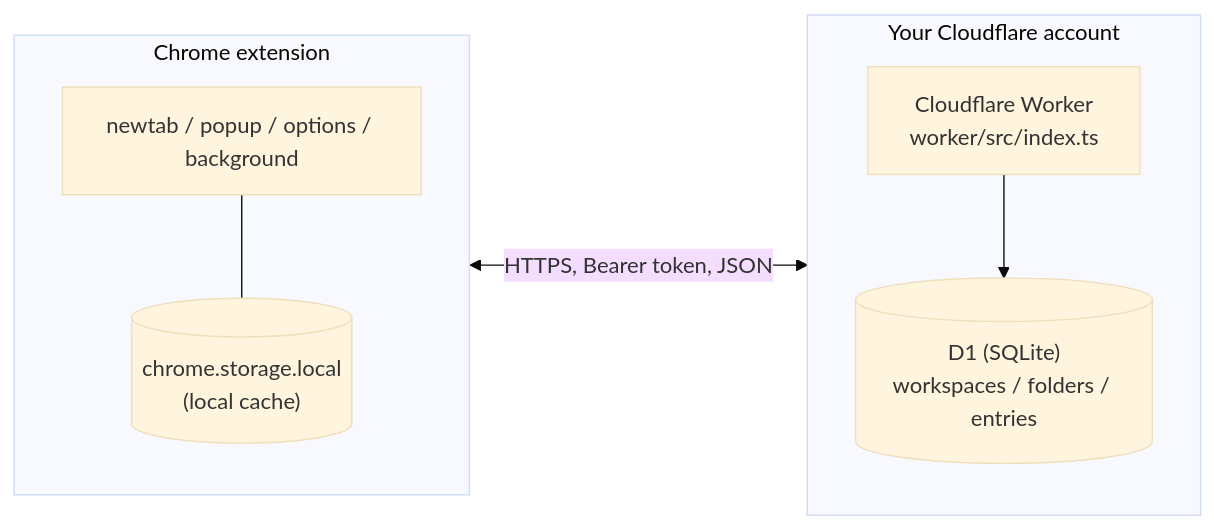
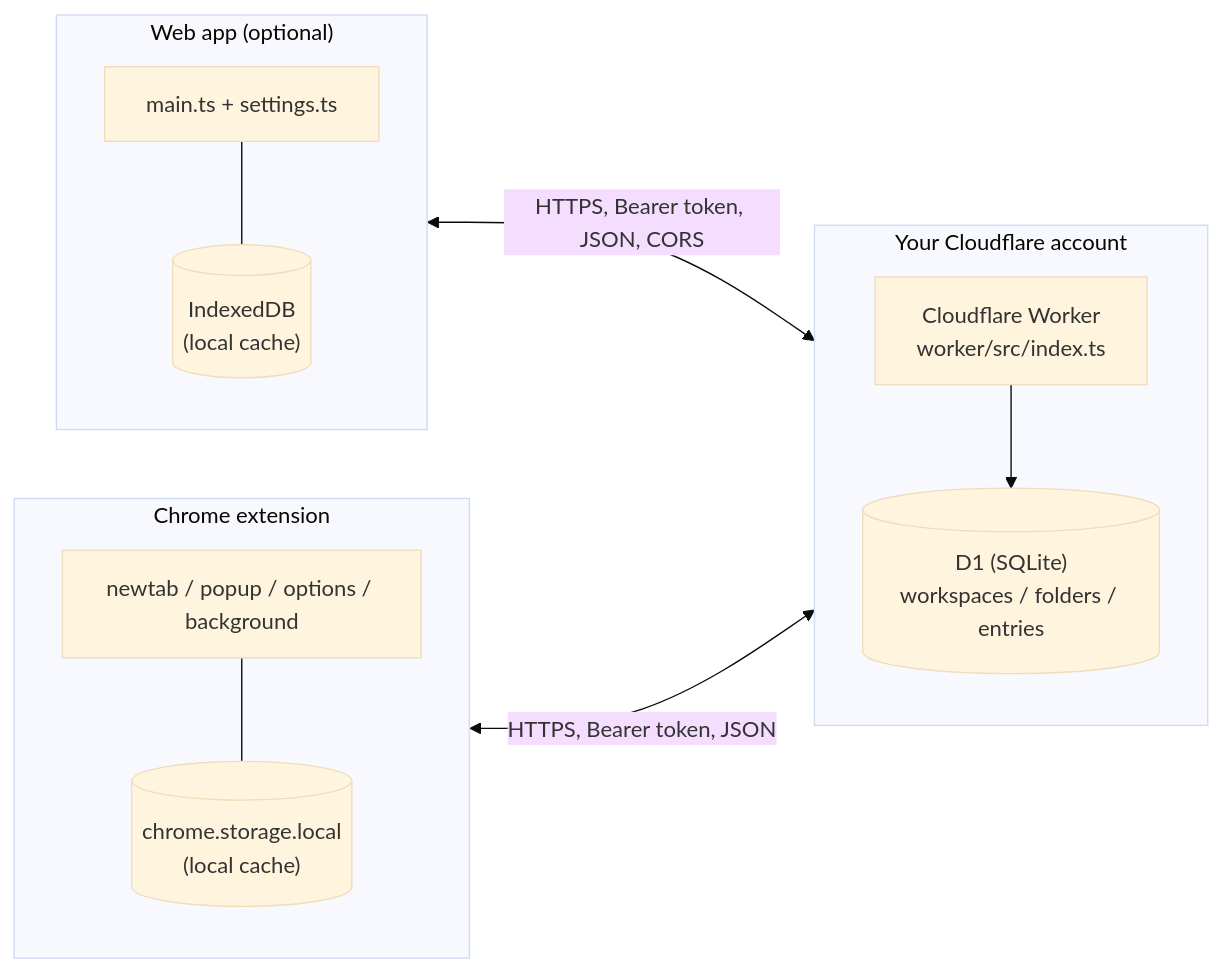
Before and after one commit to daturkel/shelve: the diagram in ARCHITECTURE.md, drawn with Mermaid (base theme). The commit also changed other lines of this file and 24 other files, not shown here.

````diff
--- a/ARCHITECTURE.md
+++ b/ARCHITECTURE.md
@@ -8,18 +8,26 @@
 ```mermaid
 flowchart LR
     subgraph Extension["Chrome extension"]
         direction TB
         UI["newtab / popup / options / background"]
         Cache[("chrome.storage.local<br/>(local cache)")]
         UI --- Cache
+    end
+
+    subgraph Web["Web app (optional)"]
+        direction TB
+        WebUI["main.ts + settings.ts"]
+        IDB[("IndexedDB<br/>(local cache)")]
+        WebUI --- IDB
     end
 
     subgraph Backend["Your Cloudflare account"]
         direction TB
         Worker["Cloudflare Worker<br/>worker/src/index.ts"]
         D1[("D1 (SQLite)<br/>workspaces / folders / entries")]
         Worker --> D1
     end
 
     UI <-->|"HTTPS, Bearer token, JSON"| Worker
+    WebUI <-->|"HTTPS, Bearer token, JSON, CORS"| Worker
 ```
````
